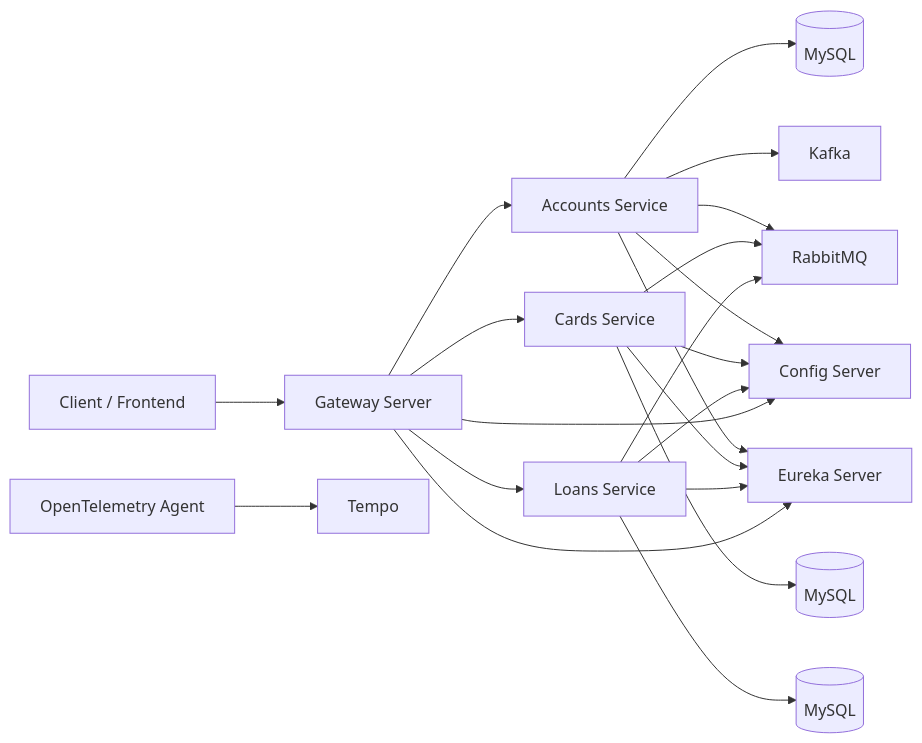
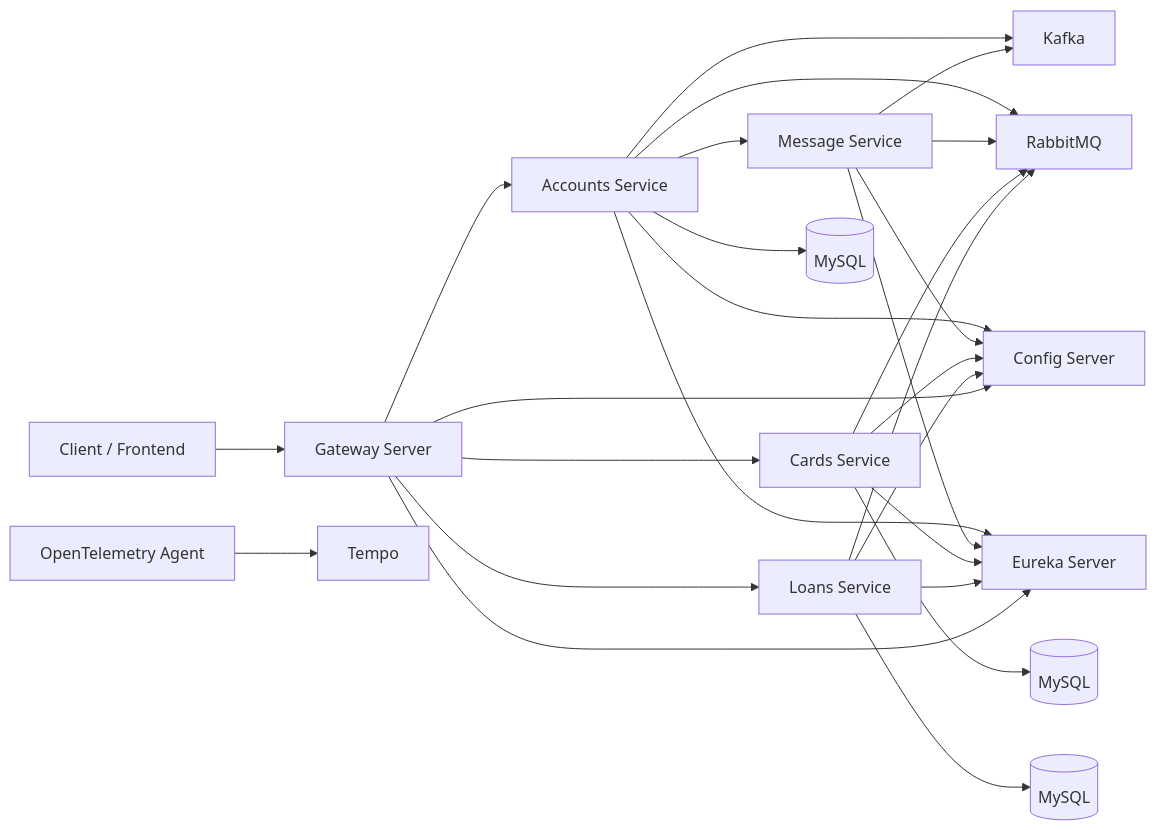
The diagram in README.md (AkhilFrancis/Spring-Boot-Microservices-Cloud-Native-Bank-App), drawn with Mermaid before and after one commit. The commit also changed other lines of this file, not shown here.

````diff
--- a/README.md
+++ b/README.md
@@ -9,28 +9,33 @@
 ```mermaid
 flowchart LR
     U[Client / Frontend] --> GW[Gateway Server]
     GW --> ACC[Accounts Service]
     GW --> CRS[Cards Service]
     GW --> LNS[Loans Service]
+    ACC --> MSG[Message Service]
 
     ACC --> DB1[(MySQL)]
     CRS --> DB2[(MySQL)]
     LNS --> DB3[(MySQL)]
 
     ACC --> KFK[Kafka]
+    MSG --> KFK
     ACC --> RBT[RabbitMQ]
+    MSG --> RBT
     CRS --> RBT
     LNS --> RBT
 
     ACC --> CFG[Config Server]
+    MSG --> CFG
     CRS --> CFG
     LNS --> CFG
     GW --> CFG
 
     ACC --> EUR[Eureka Server]
+    MSG --> EUR
     CRS --> EUR
     LNS --> EUR
     GW --> EUR
 
     OTEL[OpenTelemetry Agent] --> TMP[Tempo]
 ```
````
